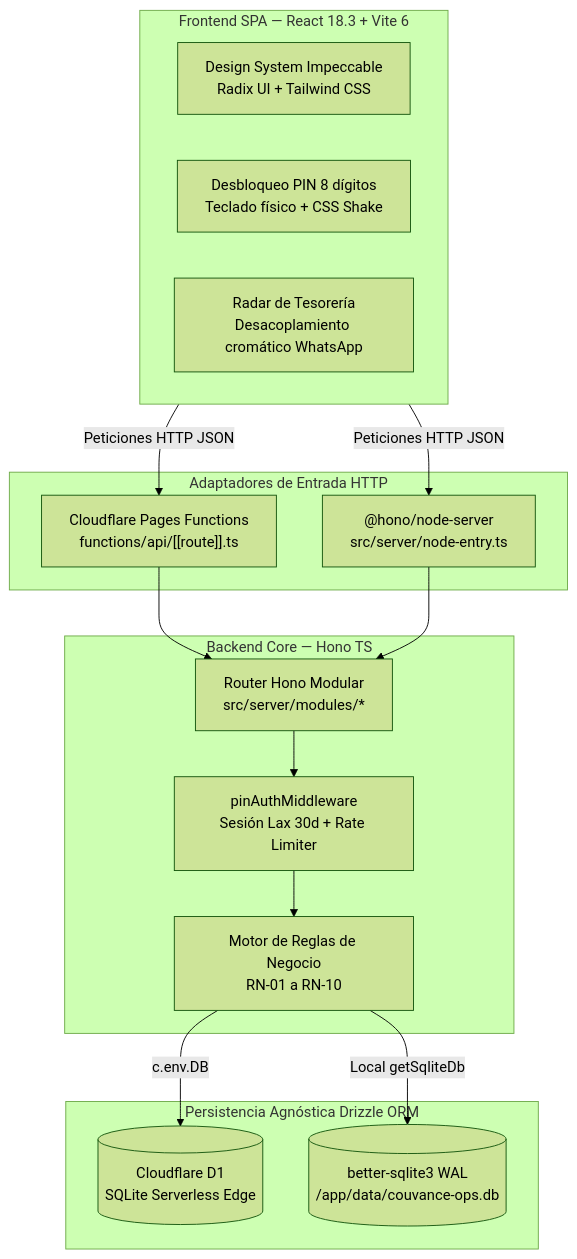
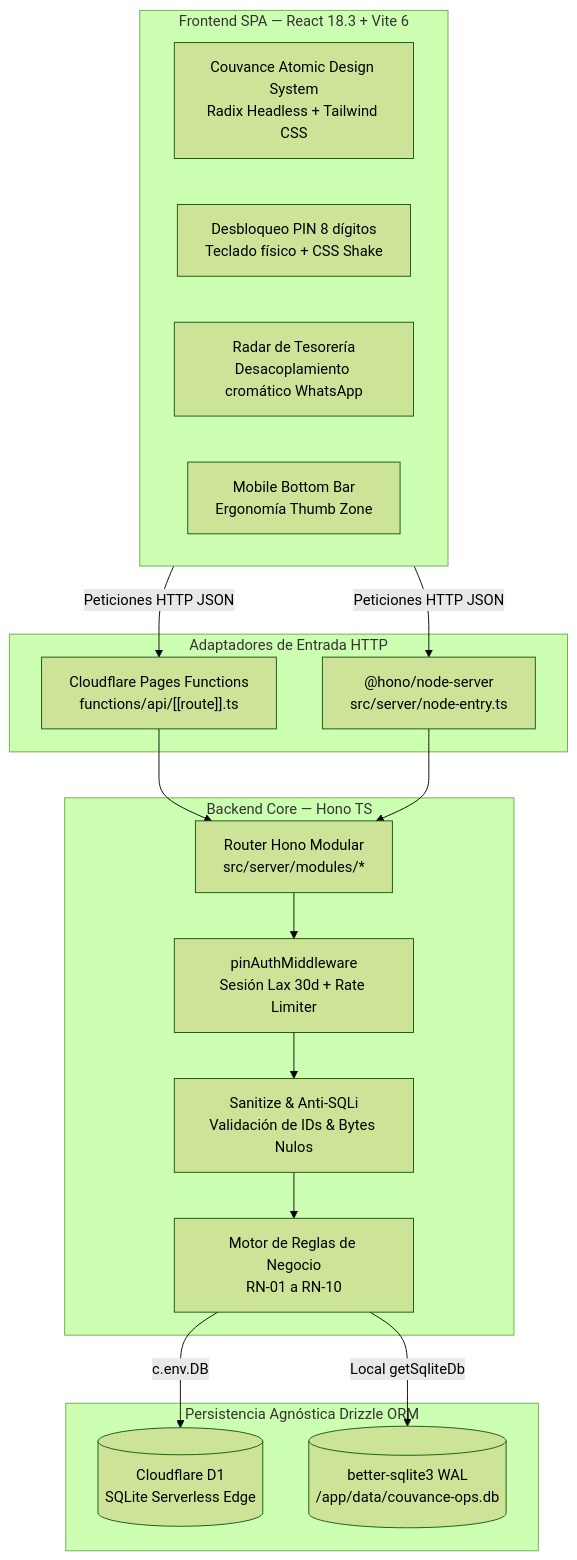
Before and after one commit to alfonsojms/couvance-ops: the diagram in README.md, drawn with Mermaid (forest theme). The commit also changed other lines of this file, not shown here.

````diff
--- a/README.md
+++ b/README.md
@@ -29,33 +58,36 @@
 ```mermaid
 flowchart TD
     subgraph Client [Frontend SPA — React 18.3 + Vite 6]
-        UI[Design System Impeccable<br/>Radix UI + Tailwind CSS]
+        UI[Couvance Atomic Design System<br/>Radix Headless + Tailwind CSS]
         Unlock[Desbloqueo PIN 8 dígitos<br/>Teclado físico + CSS Shake]
         Radar[Radar de Tesorería<br/>Desacoplamiento cromático WhatsApp]
+        BottomNav[Mobile Bottom Bar<br/>Ergonomía Thumb Zone]
     end
 
     subgraph Entrypoints [Adaptadores de Entrada HTTP]
         CFPages["Cloudflare Pages Functions<br/>functions/api/[[route]].ts"]
         NodeServer["@hono/node-server<br/>src/server/node-entry.ts"]
     end
 
     subgraph Backend [Backend Core — Hono TS]
         Router[Router Hono Modular<br/>src/server/modules/*]
         AuthMW[pinAuthMiddleware<br/>Sesión Lax 30d + Rate Limiter]
+        SanitizeMW[Sanitize & Anti-SQLi<br/>Validación de IDs & Bytes Nulos]
         Rules[Motor de Reglas de Negocio<br/>RN-01 a RN-10]
     end
 
     subgraph Persistence [Persistencia Agnóstica Drizzle ORM]
         D1[(Cloudflare D1<br/>SQLite Serverless Edge)]
         SQLite[(better-sqlite3 WAL<br/>/app/data/couvance-ops.db)]
     end
 
     Client -->|Peticiones HTTP JSON| CFPages
     Client -->|Peticiones HTTP JSON| NodeServer
     CFPages --> Router
     NodeServer --> Router
     Router --> AuthMW
-    AuthMW --> Rules
+    AuthMW --> SanitizeMW
+    SanitizeMW --> Rules
     Rules -->|c.env.DB| D1
     Rules -->|Local getSqliteDb| SQLite
 ```
````
